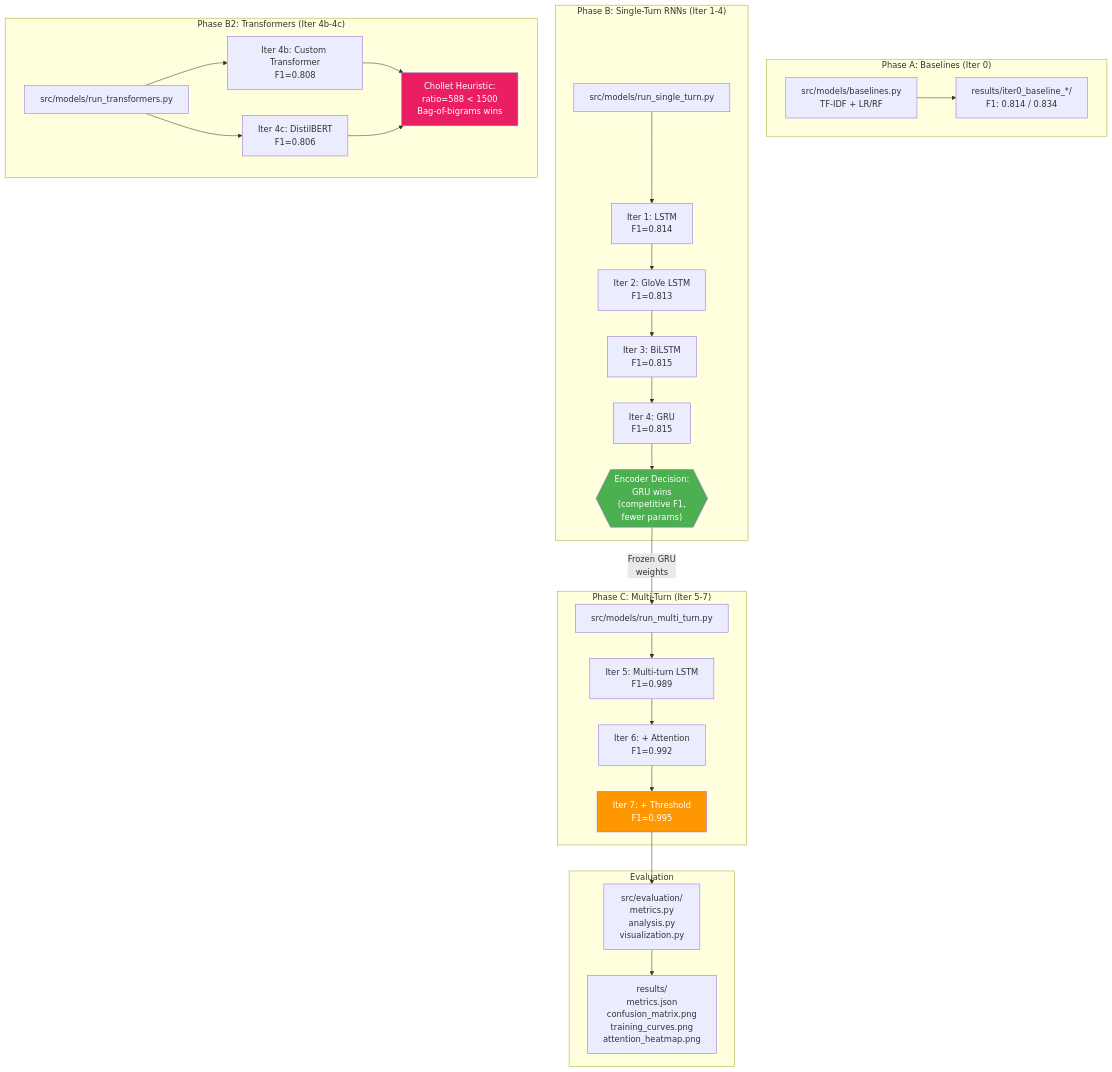
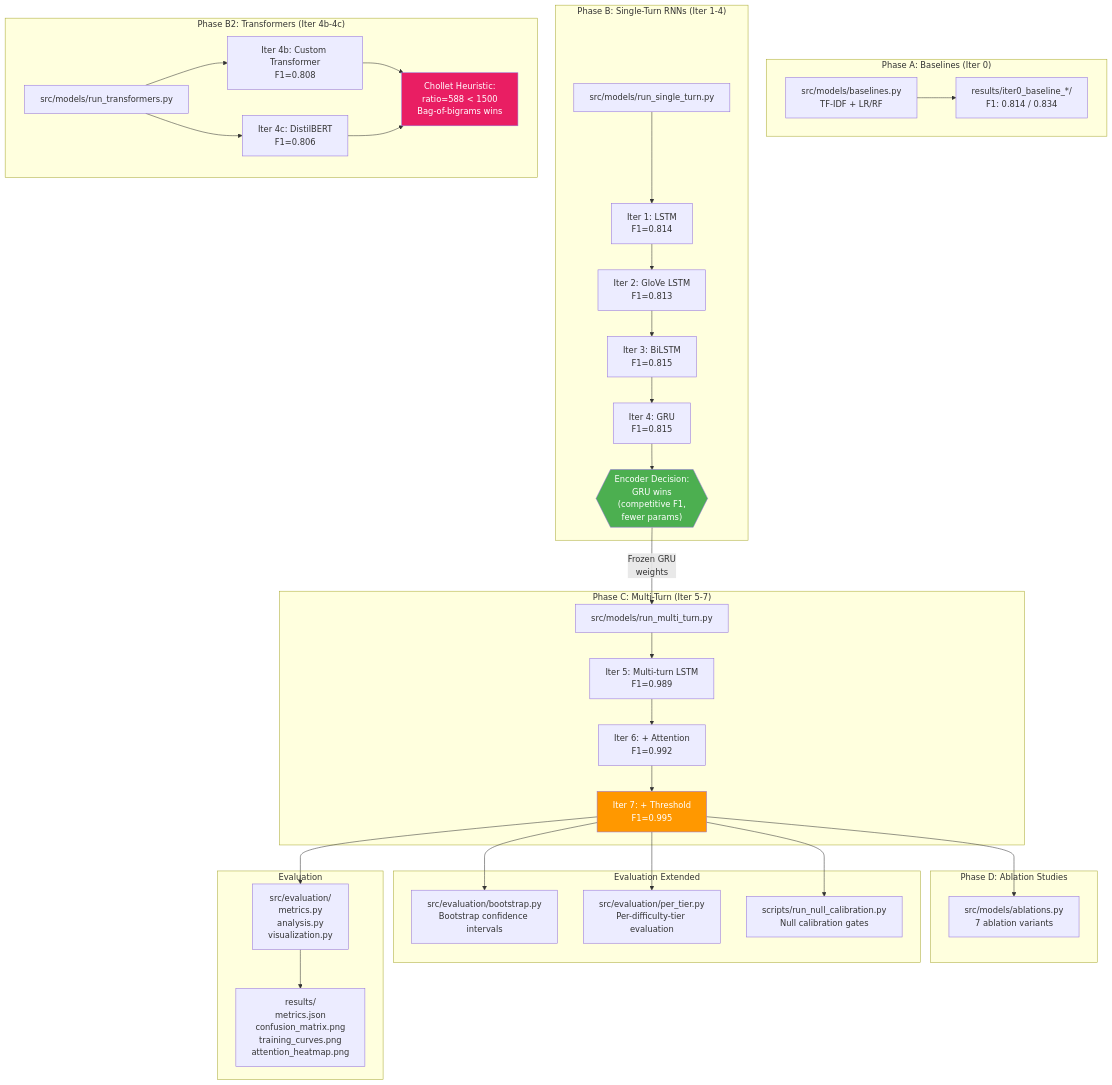
The second of 4 diagrams in README.md (rocklambros/multiturn-injection-detection), drawn with Mermaid before and after one commit. The commit also changed other lines of this file, not shown here.

````diff
--- a/README.md
+++ b/README.md
@@ -154,49 +183,64 @@
 ```mermaid
 flowchart TD
     subgraph "Phase A: Baselines (Iter 0)"
         BASE["src/models/baselines.py\nTF-IDF + LR/RF"]
         R0["results/iter0_baseline_*/\nF1: 0.814 / 0.834"]
     end
 
     subgraph "Phase B: Single-Turn RNNs (Iter 1-4)"
         ST["src/models/run_single_turn.py"]
         M1["Iter 1: LSTM\nF1=0.814"]
         M2["Iter 2: GloVe LSTM\nF1=0.813"]
         M3["Iter 3: BiLSTM\nF1=0.815"]
         M4["Iter 4: GRU\nF1=0.815"]
         DEC{{"Encoder Decision:\nGRU wins\n(competitive F1,\nfewer params)"}}
     end
 
     subgraph "Phase B2: Transformers (Iter 4b-4c)"
         TF["src/models/run_transformers.py"]
         M4B["Iter 4b: Custom Transformer\nF1=0.808"]
         M4C["Iter 4c: DistilBERT\nF1=0.806"]
         CHO["Chollet Heuristic:\nratio=588 < 1500\nBag-of-bigrams wins"]
     end
 
     subgraph "Phase C: Multi-Turn (Iter 5-7)"
         MT["src/models/run_multi_turn.py"]
         M5["Iter 5: Multi-turn LSTM\nF1=0.989"]
         M6["Iter 6: + Attention\nF1=0.992"]
         M7["Iter 7: + Threshold\nF1=0.995"]
     end
 
     BASE --> R0
     ST --> M1 --> M2 --> M3 --> M4
     M4 --> DEC
     TF --> M4B & M4C --> CHO
 
     DEC -->|"Frozen GRU\nweights"| MT
     MT --> M5 --> M6 --> M7
 
+    subgraph "Phase D: Ablation Studies"
+        ABL["src/models/ablations.py\n7 ablation variants"]
+    end
+
+    subgraph "Evaluation Extended"
+        BS["src/evaluation/bootstrap.py\nBootstrap confidence intervals"]
+        PT["src/evaluation/per_tier.py\nPer-difficulty-tier evaluation"]
+        NC["scripts/run_null_calibration.py\nNull calibration gates"]
+    end
+
+    M7 --> ABL
+    M7 --> BS
+    M7 --> PT
+    M7 --> NC
+
     subgraph "Evaluation"
         EV["src/evaluation/\nmetrics.py\nanalysis.py\nvisualization.py"]
         RES["results/\nmetrics.json\nconfusion_matrix.png\ntraining_curves.png\nattention_heatmap.png"]
     end
 
     M7 --> EV --> RES
 
     style DEC fill:#4CAF50,color:#fff
     style M7 fill:#FF9800,color:#fff
     style CHO fill:#E91E63,color:#fff
 ```
````
